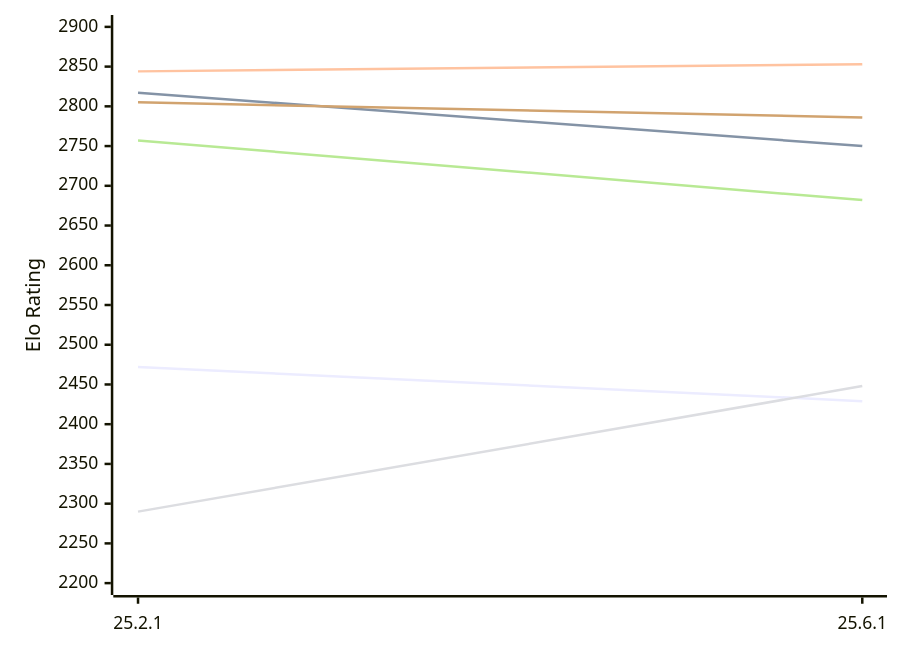
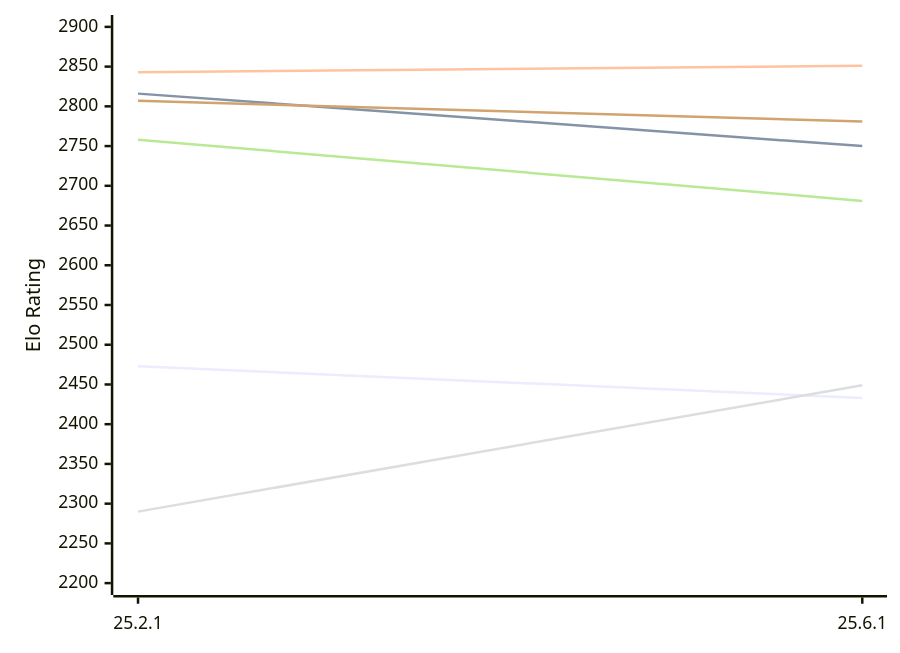
One commit to computer-chess-index/cci changed the first of 2 diagrams in engines/Crafty.md. Above: the diagram before and after it, drawn with Mermaid. The commit also changed other lines of this file, not shown here.

Commit message:
Update CCI Ratings (ELO VLTC) - 2026-11-19

````diff
--- a/engines/Crafty.md
+++ b/engines/Crafty.md
@@ -50,12 +50,12 @@
 ```mermaid
 %%{init: {"theme":"base","themeVariables":{"seriesColors:['#a3a3a3','#222221','#faa371']}}}%%
 xychart-beta
   x-axis ["25.2.1", "25.6.1"]
   y-axis "Elo Rating" 2200 --> 2900
-  line "E1: STC (8.0+0.08s)" [2472, 2429]
-  line "E1: LTC (60.0+0.60s)" [2817, 2750]
-  line "E1: VLTC (2m24s+1.12s)" [2844, 2853]
-  line "P1: STC (8.0+0.08s)" [2290, 2448]
-  line "P1: LTC (60.0+0.60s)" [2757, 2682]
-  line "P1: VLTC (2m24s+1.12s)" [2805, 2786]
+  line "E1: STC (8.0+0.08s)" [2473, 2433]
+  line "E1: LTC (60.0+0.60s)" [2816, 2750]
+  line "E1: VLTC (2m24s+1.12s)" [2843, 2851]
+  line "P1: STC (8.0+0.08s)" [2290, 2449]
+  line "P1: LTC (60.0+0.60s)" [2758, 2681]
+  line "P1: VLTC (2m24s+1.12s)" [2807, 2781]
 ```
````
